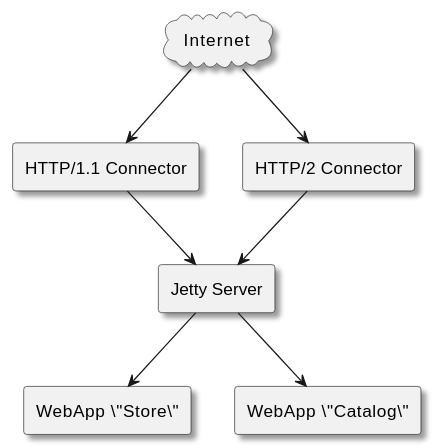
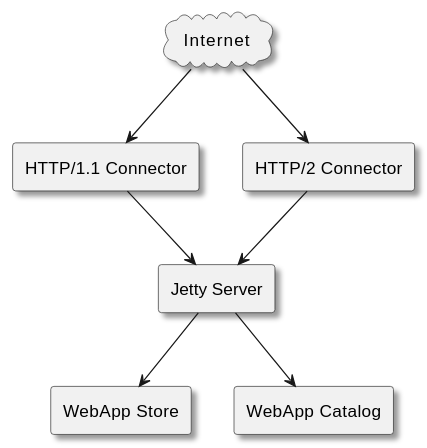
The first of 7 diagrams in doc/chapters/Kodelemzes.rst (Ddavid111/Java-Servers), drawn with PlantUML before and after one commit. The commit also changed other lines of this file and 6 other files, not shown here.

Commit message:
Refactor documentation and remove obsolete files; add detailed architecture descriptions for Jetty, GlassFish, Tomcat, WildFly, and Oracle WebLogic. Update README files for Hello World and REST demos with project details and usage instructions.

```diff
--- a/doc/chapters/Kodelemzes.rst
+++ b/doc/chapters/Kodelemzes.rst
@@ -10,27 +10,27 @@
 .. uml::
 
    @startuml
    skinparam style strictuml
    skinparam shadowing true
    skinparam componentStyle rectangle
    skinparam defaultTextAlignment center
 
    cloud "Internet" as Internet
 
    rectangle "HTTP/1.1 Connector" as HTTP11
    rectangle "HTTP/2 Connector" as HTTP2
 
    rectangle "Jetty Server" as Jetty
 
-   rectangle "WebApp \"Store\"" as Store
-   rectangle "WebApp \"Catalog\"" as Catalog
+   rectangle "WebApp Store" as Store
+   rectangle "WebApp Catalog" as Catalog
 
    Internet --> HTTP11
    Internet --> HTTP2
 
    HTTP11 --> Jetty
    HTTP2 --> Jetty
 
    Jetty --> Store
    Jetty --> Catalog
    @enduml
```
